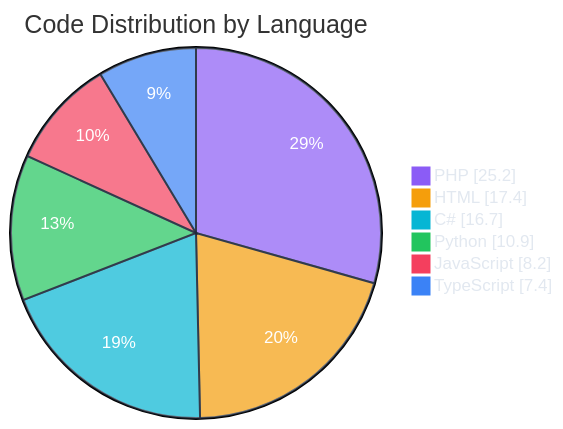
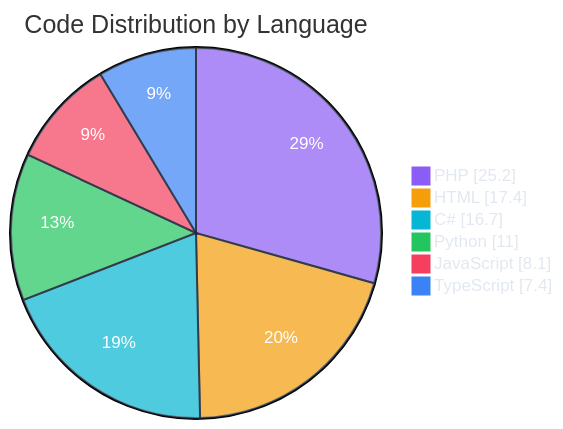
One commit to polo-nyan/polo-nyan changed the second of 7 diagrams in README.md. Above: the diagram before and after it, drawn with Mermaid. The commit also changed other lines of this file and 1 other file, not shown here.

````diff
--- a/README.md
+++ b/README.md
@@ -229,11 +229,11 @@
 ```mermaid
 %%{init: {"theme": "base", "themeVariables": { "pie1": "#8b5cf6", "pie2": "#f59e0b", "pie3": "#06b6d4", "pie4": "#22c55e", "pie5": "#f43f5e", "pie6": "#3b82f6", "pie7": "#ec4899", "pieTextColor": "#ffffff", "pieLegendTextColor": "#e2e8f0", "pieSectionTextColor": "#ffffff", "pieStrokeColor": "#1e293b" }}}%%
 pie showData
     title Code Distribution by Language
     "PHP" : 25.2
     "HTML" : 17.4
     "C#" : 16.7
-    "Python" : 10.9
-    "JavaScript" : 8.2
+    "Python" : 11.0
+    "JavaScript" : 8.1
     "TypeScript" : 7.4
 ```
````
